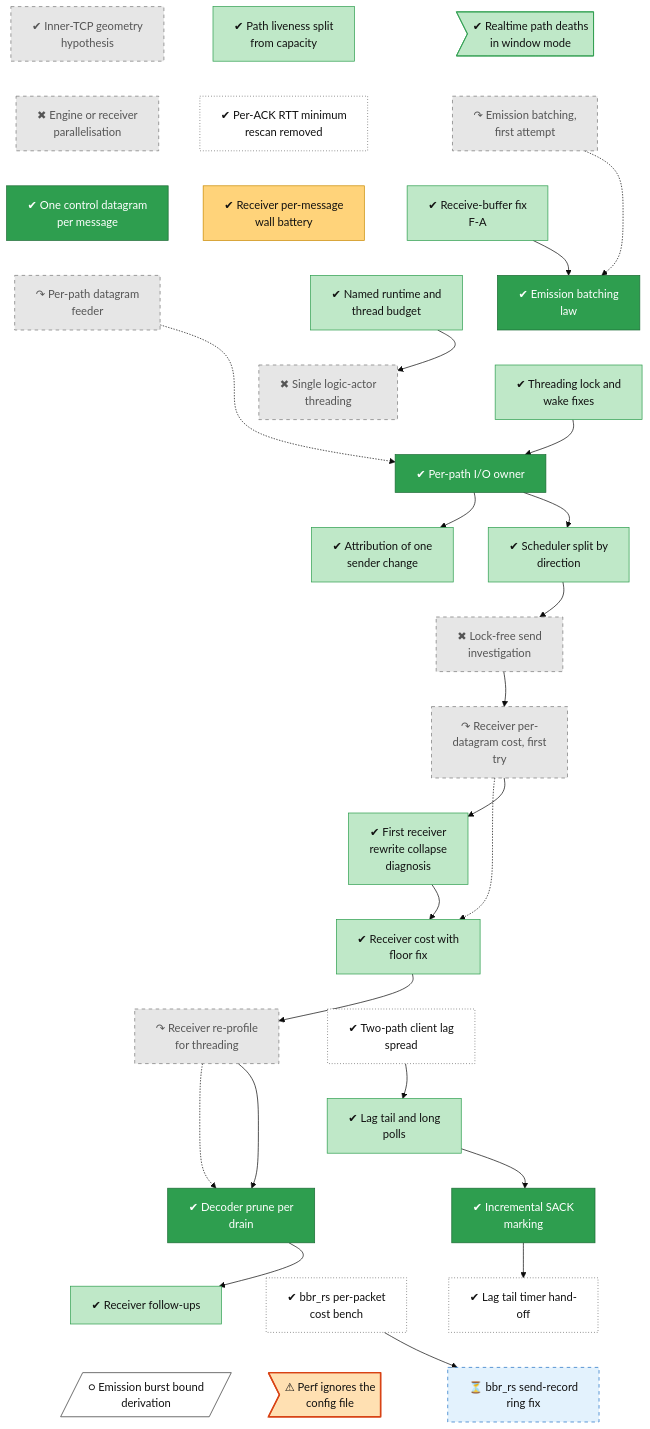
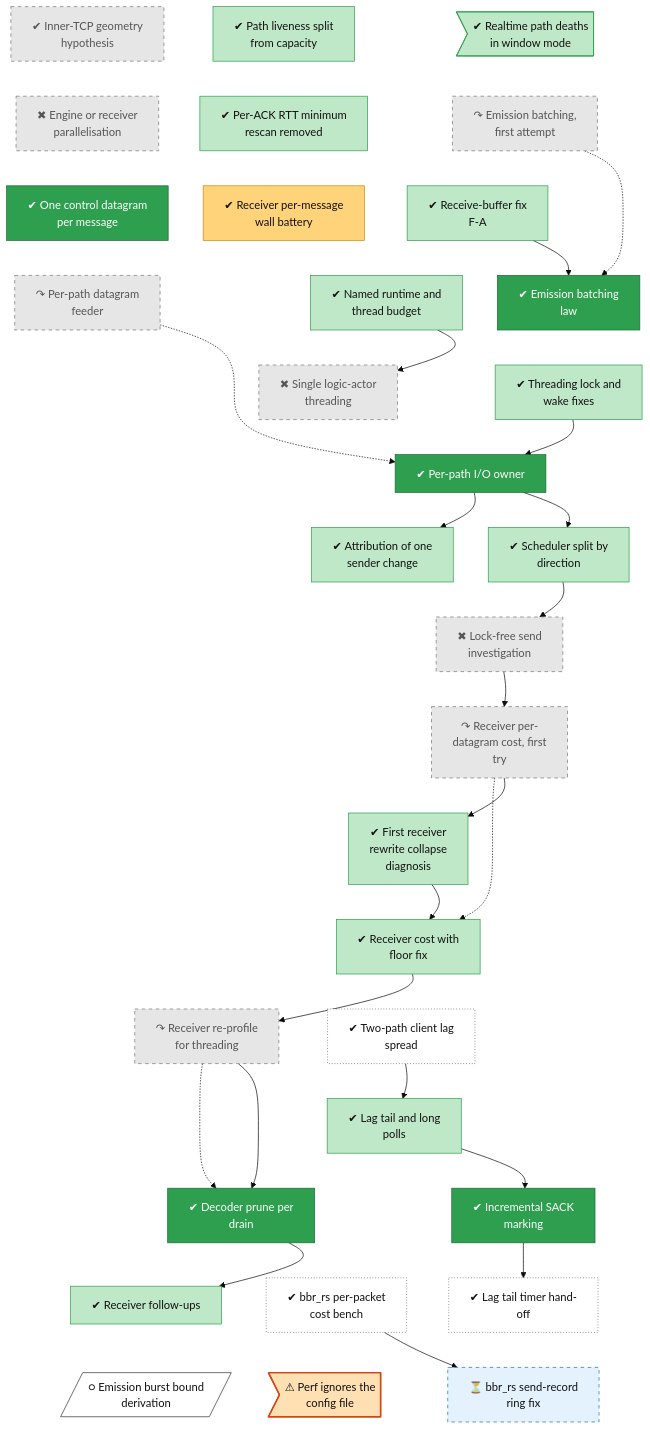
Before and after one commit to lhns/raptorpath: the diagram in docs/roadmap/tracks/perf.md, drawn with Mermaid (base theme). The commit also changed other lines of this file and 17 other files, not shown here.

First line of the commit message:
roadmap: apply the merged-roadmap review

```diff
--- a/docs/roadmap/tracks/perf.md
+++ b/docs/roadmap/tracks/perf.md
@@ -107,11 +107,11 @@
     classDef userdec fill:#d9c2f0,stroke:#7b3fb5,color:#111
     classDef defect fill:#ffe0b2,stroke:#d84315,stroke-width:2px,color:#111
     classDef waiting fill:#e3f2fd,stroke:#1f6fc5,stroke-dasharray:5 5,color:#111
-    class perf_liveness_split,perf_realtime_path_death,perf_rcvbuf,perf_threading_p0,perf_threading_p1,perf_d9_attribution,perf_sched_split,perf_s20_r1_collapse,perf_receiver_r2,perf_s26_long_polls,perf_receiver_followups succ
+    class perf_liveness_split,perf_realtime_path_death,perf_rtt_rescan,perf_rcvbuf,perf_threading_p0,perf_threading_p1,perf_d9_attribution,perf_sched_split,perf_s20_r1_collapse,perf_receiver_r2,perf_s26_long_polls,perf_receiver_followups succ
     class perf_native_geometry,perf_parallelisation,perf_emit_batch_v1,perf_quic_feeder,perf_threading_p2a,perf_q3_investigation,perf_receiver_r1,perf_threading_r3 dead
-    class perf_rtt_rescan,perf_c8_lag,perf_s33_timer,perf_bbrrs_ns_cost unrated
     class perf_recv_msg_wall mixed
     class perf_ack_merge,perf_emit_batch_law0,perf_io_owner,perf_incremental_sack,perf_decoder_prune vsucc
+    class perf_c8_lag,perf_s33_timer,perf_bbrrs_ns_cost unrated
     class perf_bbrrs_ring_fix waiting
     class perf_fix_burst_bound next
     class perf_config_dropped defect
```
